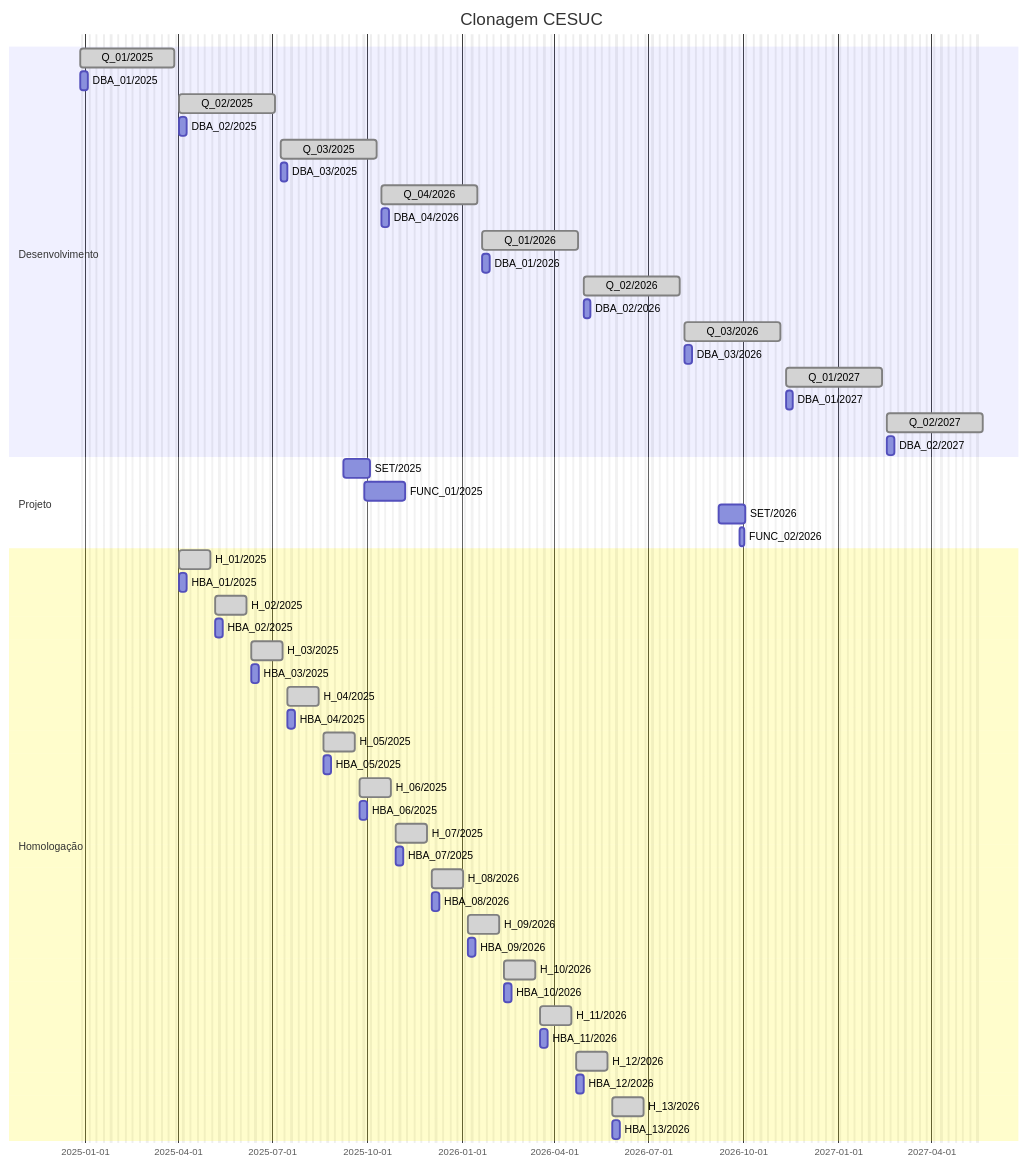
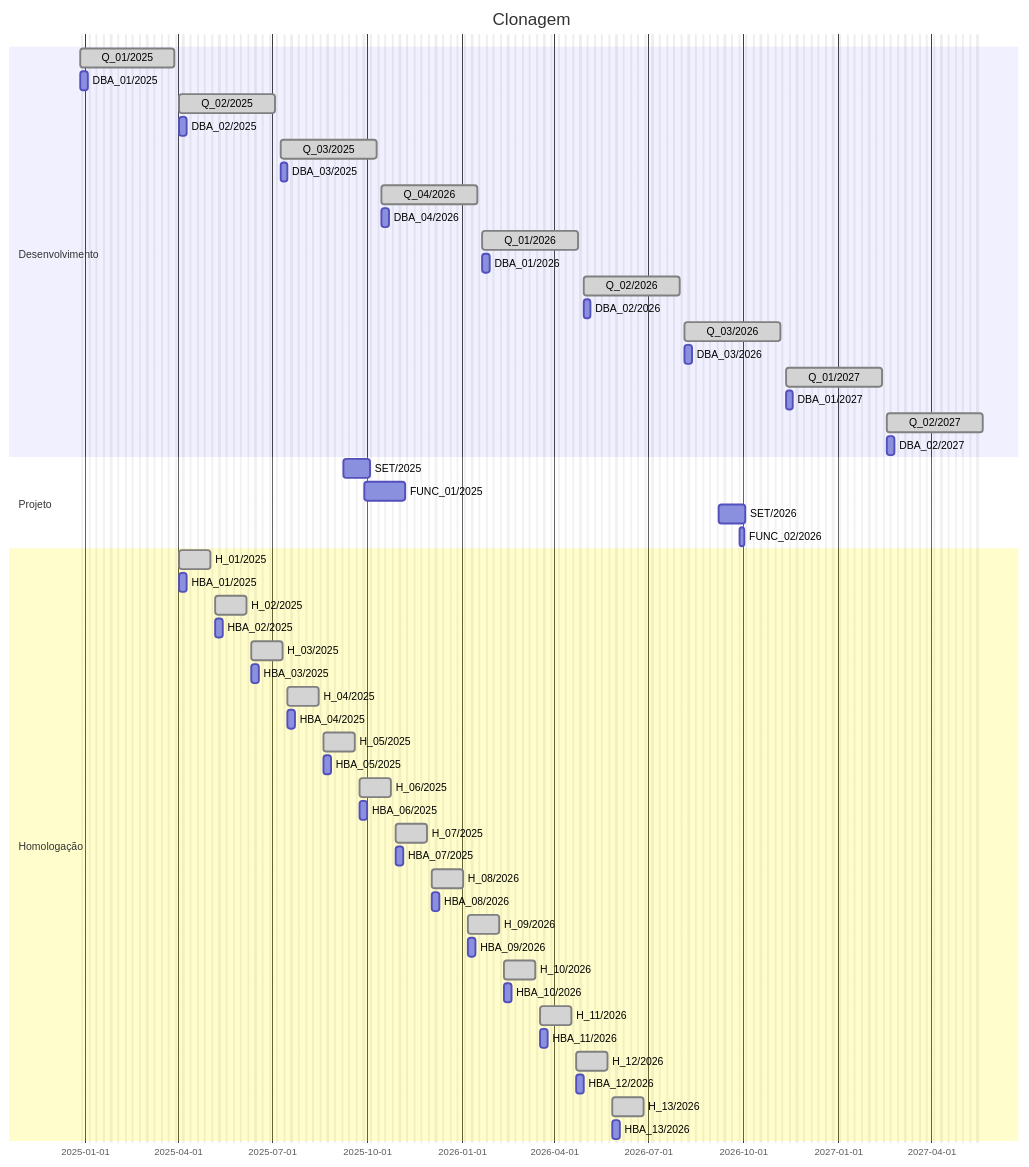
The first of 3 diagrams in docs/recipe_60pportunities_engenharia_sw.md (60pportunities/documentacao), drawn with Mermaid before and after one commit.

Commit message:
Ajuste na Pipeline

````diff
--- a/docs/recipe_60pportunities_engenharia_sw.md
+++ b/docs/recipe_60pportunities_engenharia_sw.md
@@ -52,59 +52,59 @@
 ```mermaid
 gantt
     dateFormat  YYYY-MM-DD
-    title       Clonagem CESUC
+    title       Clonagem
     excludes    weekends
     %% (`excludes` accepts specific dates in YYYY-MM-DD format, days of the week ("sunday") or "weekends", but not the word "weekdays".)
 
 section Desenvolvimento
 Q_01/2025                               :done,   DEV20241,2024-12-27,2025-03-28
 DBA_01/2025                             :DBA1,2024-12-27, 5d
 Q_02/2025                               :done,   DEV20252,2025-04-02,2025-07-04
 DBA_02/2025                             :DBA2,2025-04-02, 5d
 Q_03/2025                               :done,   DEV20253,2025-07-09,2025-10-10
 DBA_03/2025                             :DBA3,2025-07-09, 5d
 Q_04/2026                               :done,   DEV20254,2025-10-15,2026-01-16
 DBA_04/2026                             :DBA4,2025-10-15, 5d
 Q_01/2026                               :done,   DEV20261,2026-01-21,2026-04-24
 DBA_01/2026                             :DBA5,2026-01-21, 5d
 Q_02/2026                               :done,   DEV20262,2026-04-29,2026-07-31
 DBA_02/2026                             :DBA6,2026-04-29, 5d
 Q_03/2026                               :done,   DEV20263,2026-08-05,2026-11-06
 DBA_03/2026                             :DBA7,2026-08-05, 5d
 Q_01/2027                               :done,   DEV20261,2026-11-11,2027-02-12
 DBA_01/2027                             :DBA8,2026-11-11, 5d
 Q_02/2027                               :done,   DEV20272,2027-02-17,2027-05-21
 DBA_02/2027                             :DBA9,2027-02-17, 5d
 section Projeto
 SET/2025                                 :P1, 2025-09-08, 20d
 FUNC_01/2025                             :FUNC1,2025-09-28, 30d
 SET/2026                                 :P2, 2026-09-07, 20d
 FUNC_02/2026                             :FUNC2,2026-09-27, 5d
 section Homologação
 H_01/2025                             :done,   HML20251,2025-04-02,2025-05-02
 HBA_01/2025                             :HBA1,2025-04-02, 5d
 H_02/2025                             :done,   HML20252,2025-05-07,2025-06-06
 HBA_02/2025                             :HBA2,2025-05-07, 5d
 H_03/2025                             :done,   HML20253,2025-06-11,2025-07-11
 HBA_03/2025                             :HBA3,2025-06-11, 5d
 H_04/2025                             :done,   HML20254,2025-07-16,2025-08-15
 HBA_04/2025                             :HBA4,2025-07-16, 5d
 H_05/2025                             :done,   HML20255,2025-08-20,2025-09-19
 HBA_05/2025                             :HBA5,2025-08-20, 5d
 H_06/2025                             :done,   HML20256,2025-09-24,2025-10-24
 HBA_06/2025                             :HBA6,2025-09-24, 5d
 H_07/2025                             :done,   HML20257,2025-10-29,2025-11-28
 HBA_07/2025                             :HBA7,2025-10-29, 5d
 H_08/2026                             :done,   HML20258,2025-12-03,2026-01-02
 HBA_08/2026                             :HBA8,2025-12-03, 5d
 H_09/2026                             :done,   HML20269,2026-01-07,2026-02-06
 HBA_09/2026                             :HBA9,2026-01-07, 5d
 H_10/2026                             :done,   HML202610,2026-02-11,2026-03-13
 HBA_10/2026                             :HBA10,2026-02-11, 5d
 H_11/2026                             :done,   HML202611,2026-03-18,2026-04-17
 HBA_11/2026                             :HBA11,2026-03-18, 5d
 H_12/2026                             :done,   HML202612,2026-04-22,2026-05-22
 HBA_12/2026                             :HBA12,2026-04-22, 5d
 H_13/2026                             :done,   HML202613,2026-05-27,2026-06-26
 HBA_13/2026                             :HBA13,2026-05-27, 5d
 ```
````
